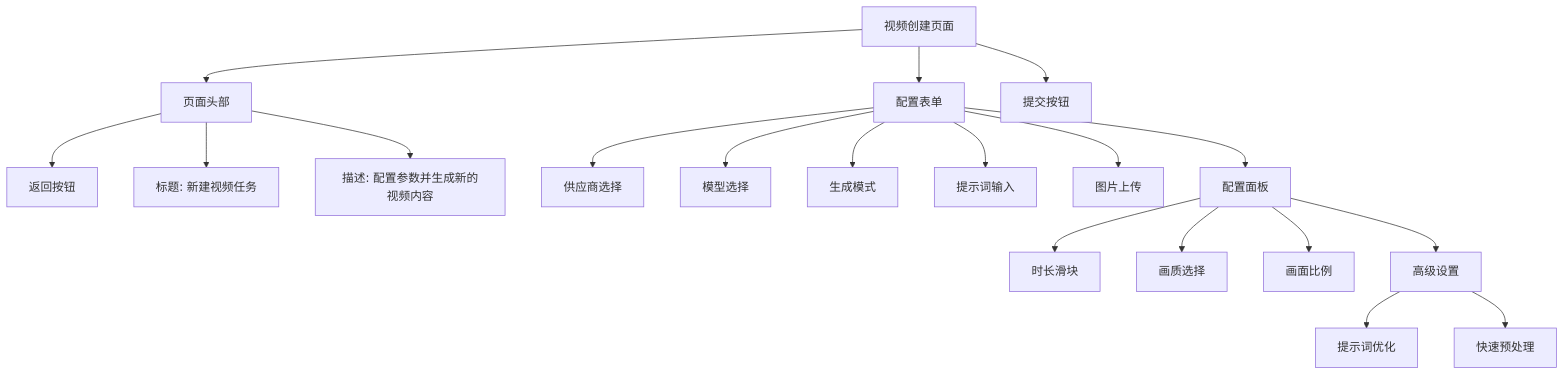
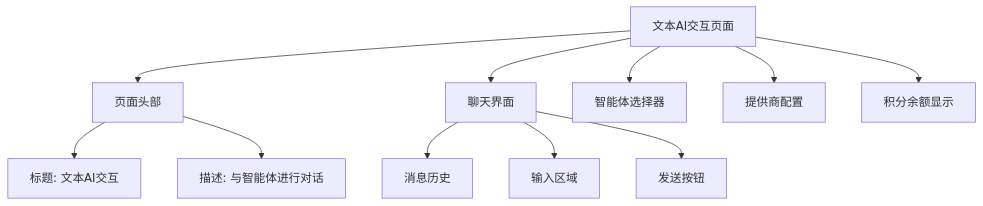
The ninth of 10 diagrams in .qoder/repowiki/zh/content/后端开发指南/视频生成系统.md (KunLabAI/KunFlix), drawn with Mermaid before and after one commit. The commit also changed other lines of this file and 43 other files, not shown here.

````diff
--- a/.qoder/repowiki/zh/content/后端开发指南/视频生成系统.md
+++ b/.qoder/repowiki/zh/content/后端开发指南/视频生成系统.md
@@ -708,21 +510,13 @@
 ```mermaid
 flowchart TD
-CreatePage[视频创建页面] --> Header[页面头部]
-Header --> BackBtn[返回按钮]
-Header --> Title[标题: 新建视频任务]
-Header --> Subtitle[描述: 配置参数并生成新的视频内容]
-CreatePage --> Form[配置表单]
-Form --> ProviderSelect[供应商选择]
-Form --> ModelSelect[模型选择]
-Form --> ModeSelect[生成模式]
-Form --> PromptInput[提示词输入]
-Form --> ImageUpload[图片上传]
-Form --> ConfigPanel[配置面板]
-ConfigPanel --> DurationSlider[时长滑块]
-ConfigPanel --> ResolutionSelect[画质选择]
-ConfigPanel --> AspectRatioSelect[画面比例]
-ConfigPanel --> AdvancedSettings[高级设置]
-AdvancedSettings --> PromptOptimizer[提示词优化]
-AdvancedSettings --> FastPretreatment[快速预处理]
-CreatePage --> SubmitBtn[提交按钮]
+Page[文本AI交互页面] --> Header[页面头部]
+Header --> Title[标题: 文本AI交互]
+Header --> Subtitle[描述: 与智能体进行对话]
+Page --> ChatInterface[聊天界面]
+ChatInterface --> MessageHistory[消息历史]
+ChatInterface --> InputArea[输入区域]
+ChatInterface --> SendButton[发送按钮]
+Page --> AgentSelector[智能体选择器]
+Page --> ProviderConfig[提供商配置]
+Page --> CreditBalance[积分余额显示]
 ```
````
